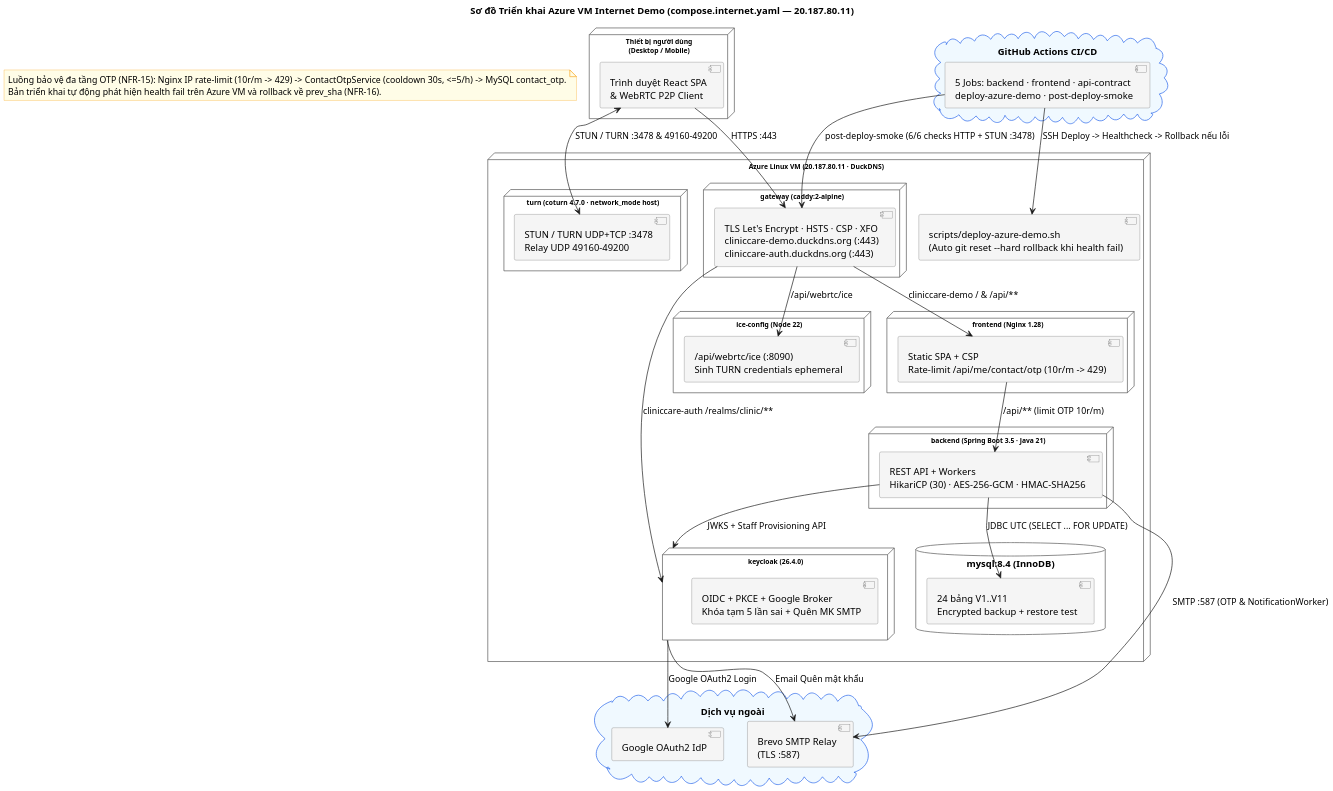
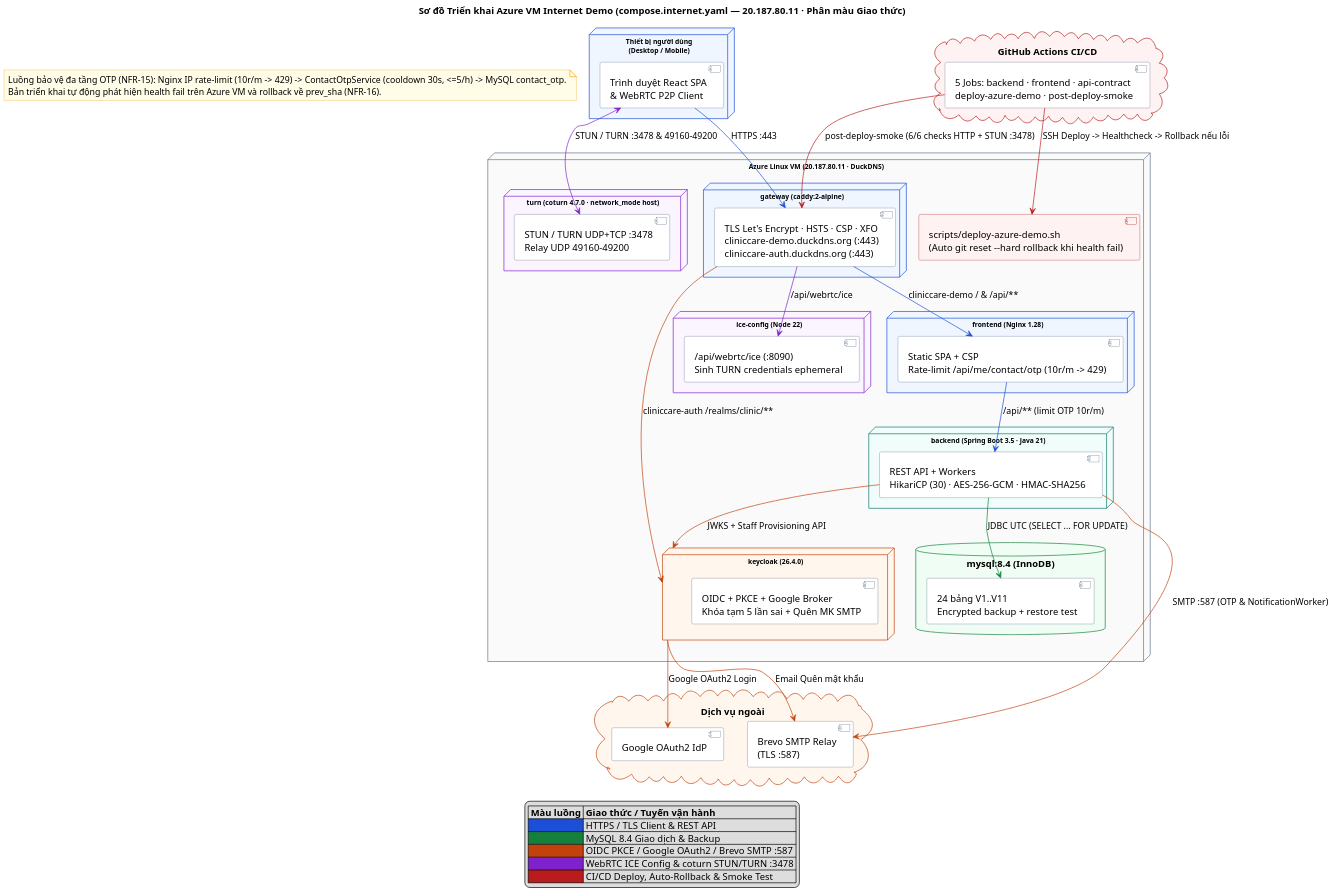
Before and after one commit to Samie32/SE-project: the diagram in docs/design/architecture/deployment-azure.puml, drawn with PlantUML. The commit also changed 25 other files, not shown here.

Commit message:
Chuan hoa mau sac, legend va bo cuc UML 2.5/ERD cho 13 so do nhieu duong noi

```diff
--- a/docs/design/architecture/deployment-azure.puml
+++ b/docs/design/architecture/deployment-azure.puml
@@ -1,92 +1,91 @@
 @startuml deployment-azure
 skinparam node {
-  BackgroundColor White
-  BorderColor #555
   FontName Arial
   FontSize 10
 }
 skinparam component {
-  BackgroundColor #F5F5F5
-  BorderColor #777
-}
-skinparam database {
   BackgroundColor White
-  BorderColor #555
-}
-skinparam cloud {
-  BackgroundColor #F0F9FF
-  BorderColor #2563EB
+  BorderColor #64748B
 }
 skinparam noteBackgroundColor #FFFDE7
 skinparam noteBorderColor #F9A825
 skinparam shadowing false
 skinparam dpi 150
-title Sơ đồ Triển khai Azure VM Internet Demo (compose.internet.yaml — 20.187.80.11)
+title Sơ đồ Triển khai Azure VM Internet Demo (compose.internet.yaml — 20.187.80.11 · Phân màu Giao thức)
 
-node "Thiết bị người dùng\n(Desktop / Mobile)" as Client {
+node "Thiết bị người dùng\n(Desktop / Mobile)" as Client #EFF6FF;line:1D4ED8 {
   component "Trình duyệt React SPA\n& WebRTC P2P Client" as Browser
 }
 
-cloud "GitHub Actions CI/CD" as GHA {
+cloud "GitHub Actions CI/CD" as GHA #FEF2F2;line:B91C1C {
   component "5 Jobs: backend · frontend · api-contract\ndeploy-azure-demo · post-deploy-smoke" as CI
 }
 
-cloud "Dịch vụ ngoài" as Ext {
+node "Azure Linux VM (20.187.80.11 · DuckDNS)" as VM #FAFAFA;line:64748B {
+  node "gateway (caddy:2-alpine)" as Caddy #EFF6FF;line:1D4ED8 {
+    component "TLS Let's Encrypt · HSTS · CSP · XFO\ncliniccare-demo.duckdns.org (:443)\ncliniccare-auth.duckdns.org (:443)" as TLSEdge
+  }
+
+  node "frontend (Nginx 1.28)" as FE #EFF6FF;line:1D4ED8 {
+    component "Static SPA + CSP\nRate-limit /api/me/contact/otp (10r/m -> 429)" as NginxProd
+  }
+
+  node "ice-config (Node 22)" as ICE #FAF5FF;line:7E22CE {
+    component "/api/webrtc/ice (:8090)\nSinh TURN credentials ephemeral" as IceSvc
+  }
+
+  node "backend (Spring Boot 3.5 · Java 21)" as BE #F0FDFA;line:0F766E {
+    component "REST API + Workers\nHikariCP (30) · AES-256-GCM · HMAC-SHA256" as App
+  }
+
+  node "keycloak (26.4.0)" as KC #FFF7ED;line:C2410C {
+    component "OIDC + PKCE + Google Broker\nKhóa tạm 5 lần sai + Quên MK SMTP" as IdP
+  }
+
+  node "turn (coturn 4.7.0 · network_mode host)" as TURN #FAF5FF;line:7E22CE {
+    component "STUN / TURN UDP+TCP :3478\nRelay UDP 49160–49200" as Coturn
+  }
+
+  database "mysql:8.4 (InnoDB)" as DB #F0FDF4;line:15803D {
+    component "24 bảng V1..V11\nEncrypted backup + restore test" as MySQL
+  }
+
+  component "scripts/deploy-azure-demo.sh\n(Auto git reset --hard rollback khi health fail)" as DeployScript #FEF2F2;line:B91C1C
+}
+
+cloud "Dịch vụ ngoài" as Ext #FFF7ED;line:C2410C {
   component "Google OAuth2 IdP" as Google
   component "Brevo SMTP Relay\n(TLS :587)" as Brevo
 }
 
-node "Azure Linux VM (20.187.80.11 · DuckDNS)" as VM {
-  node "gateway (caddy:2-alpine)" as Caddy {
-    component "TLS Let's Encrypt · HSTS · CSP · XFO\ncliniccare-demo.duckdns.org (:443)\ncliniccare-auth.duckdns.org (:443)" as TLSEdge
-  }
+Browser -[#1D4ED8]-> TLSEdge : HTTPS :443
+Browser <-[#7E22CE]-> Coturn : STUN / TURN :3478 & 49160-49200
+CI -[#B91C1C]-> DeployScript : SSH Deploy -> Healthcheck -> Rollback nếu lỗi
+CI -[#B91C1C]-> TLSEdge : post-deploy-smoke (6/6 checks HTTP + STUN :3478)
 
-  node "frontend (Nginx 1.28)" as FE {
-    component "Static SPA + CSP\nRate-limit /api/me/contact/otp (10r/m -> 429)" as NginxProd
-  }
+TLSEdge -[#1D4ED8]-> NginxProd : cliniccare-demo / & /api/**
+TLSEdge -[#7E22CE]-> IceSvc : /api/webrtc/ice
+TLSEdge -[#C2410C]-> KC : cliniccare-auth /realms/clinic/**
 
-  node "ice-config (Node 22)" as ICE {
-    component "/api/webrtc/ice (:8090)\nSinh TURN credentials ephemeral" as IceSvc
-  }
-
-  node "backend (Spring Boot 3.5 · Java 21)" as BE {
-    component "REST API + Workers\nHikariCP (30) · AES-256-GCM · HMAC-SHA256" as App
-  }
-
-  node "keycloak (26.4.0)" as KC {
-    component "OIDC + PKCE + Google Broker\nKhóa tạm 5 lần sai + Quên MK SMTP" as IdP
-  }
-
-  node "turn (coturn 4.7.0 · network_mode host)" as TURN {
-    component "STUN / TURN UDP+TCP :3478\nRelay UDP 49160–49200" as Coturn
-  }
-
-  database "mysql:8.4 (InnoDB)" as DB {
-    component "24 bảng V1..V11\nEncrypted backup + restore test" as MySQL
-  }
-
-  component "scripts/deploy-azure-demo.sh\n(Auto git reset --hard rollback khi health fail)" as DeployScript
-}
-
-Browser --> TLSEdge : HTTPS :443
-Browser <--> Coturn : STUN / TURN :3478 & 49160-49200
-CI --> DeployScript : SSH Deploy -> Healthcheck -> Rollback nếu lỗi
-CI --> TLSEdge : post-deploy-smoke (6/6 checks HTTP + STUN :3478)
-
-TLSEdge --> NginxProd : cliniccare-demo / & /api/**
-TLSEdge --> IceSvc : /api/webrtc/ice
-TLSEdge --> KC : cliniccare-auth /realms/clinic/**
-
-NginxProd --> App : /api/** (limit OTP 10r/m)
-App --> MySQL : JDBC UTC (SELECT ... FOR UPDATE)
-App --> KC : JWKS + Staff Provisioning API
-App --> Brevo : SMTP :587 (OTP & NotificationWorker)
-KC --> Google : Google OAuth2 Login
-KC --> Brevo : Email Quên mật khẩu
+NginxProd -[#1D4ED8]-> App : /api/** (limit OTP 10r/m)
+App -[#15803D]-> MySQL : JDBC UTC (SELECT ... FOR UPDATE)
+App -[#C2410C]-> KC : JWKS + Staff Provisioning API
+App -[#C2410C]-> Brevo : SMTP :587 (OTP & NotificationWorker)
+KC -[#C2410C]-> Google : Google OAuth2 Login
+KC -[#C2410C]-> Brevo : Email Quên mật khẩu
 
 note as N1
   Luồng bảo vệ đa tầng OTP (NFR-15): Nginx IP rate-limit (10r/m -> 429) -> ContactOtpService (cooldown 30s, <=5/h) -> MySQL contact_otp.
   Bản triển khai tự động phát hiện health fail trên Azure VM và rollback về prev_sha (NFR-16).
 end note
 
+legend bottom
+  |= Màu luồng |= Giao thức / Tuyến vận hành |
+  |<#1D4ED8>   | HTTPS / TLS Client & REST API |
+  |<#15803D>   | MySQL 8.4 Giao dịch & Backup |
+  |<#C2410C>   | OIDC PKCE / Google OAuth2 / Brevo SMTP :587 |
+  |<#7E22CE>   | WebRTC ICE Config & coturn STUN/TURN :3478 |
+  |<#B91C1C>   | CI/CD Deploy, Auto-Rollback & Smoke Test |
+endlegend
+
 @enduml
```
